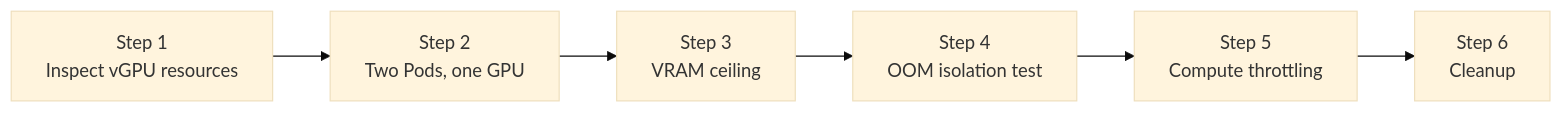
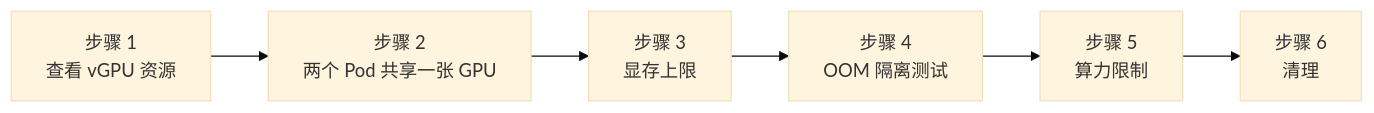
The diagram in i18n/zh/docusaurus-plugin-content-docs-tutorials/current/labs/gpu-partitioning.md (Project-HAMi/website), drawn with Mermaid (base theme) before and after one commit. The commit also changed other lines of this file and 3 other files, not shown here.

````diff
--- a/i18n/zh/docusaurus-plugin-content-docs-tutorials/current/labs/gpu-partitioning.md
+++ b/i18n/zh/docusaurus-plugin-content-docs-tutorials/current/labs/gpu-partitioning.md
@@ -38,9 +32,9 @@
 ```mermaid
-%% title: GPU Partitioning Lab Flow
+%% title: GPU 分区实验步骤
 flowchart LR
-    Step1["Step 1<br/>Inspect vGPU resources"] --> Step2["Step 2<br/>Two Pods, one GPU"]
-    Step2 --> Step3["Step 3<br/>VRAM ceiling"]
-    Step3 --> Step4["Step 4<br/>OOM isolation test"]
-    Step4 --> Step5["Step 5<br/>Compute throttling"]
-    Step5 --> Step6["Step 6<br/>Cleanup"]
+    Step1["步骤 1<br/>查看 vGPU 资源"] --> Step2["步骤 2<br/>两个 Pod 共享一张 GPU"]
+    Step2 --> Step3["步骤 3<br/>显存上限"]
+    Step3 --> Step4["步骤 4<br/>OOM 隔离测试"]
+    Step4 --> Step5["步骤 5<br/>算力限制"]
+    Step5 --> Step6["步骤 6<br/>清理"]
 ```
````
